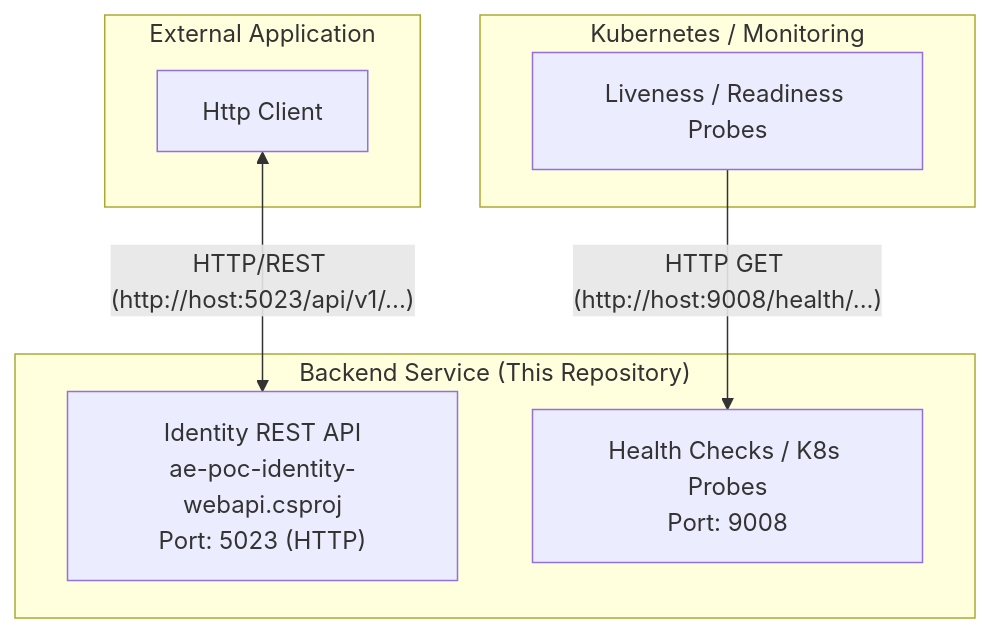
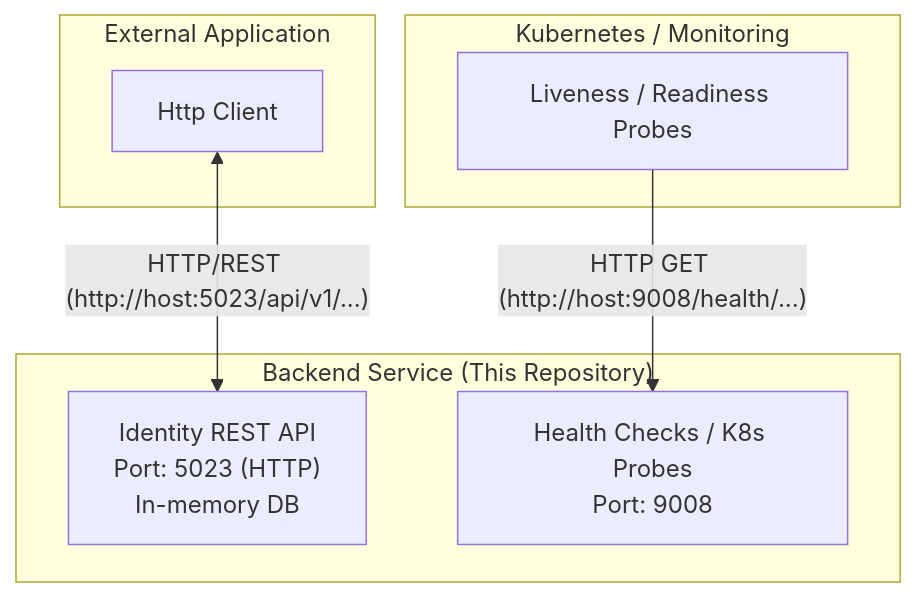
One commit to ISubkowskI/ae-poc-identity-webapi changed the diagram in README.md. Above: the diagram before and after it, drawn with Mermaid. The commit also changed 1 other file, not shown here.

Commit message:
Improve Dockerfile

````diff
--- a/README.md
+++ b/README.md
@@ -9,19 +9,19 @@
 ```mermaid
 graph TD
 
     subgraph "External Application"
         lblExternalApp["Http Client"]
     end
 
     subgraph "Backend Service (This Repository)"
-        lblBackendService["Identity REST API<br/>ae-poc-identity-webapi.csproj<br/>Port: 5023 (HTTP)"]
+        lblBackendService["Identity REST API<br/>Port: 5023 (HTTP)<br/>In-memory DB"]
         lblHealth["Health Checks / K8s Probes<br/>Port: 9008"]
     end
     
     subgraph "Kubernetes / Monitoring"
         lblK8s["Liveness / Readiness Probes"]
     end
 
     lblExternalApp -- "HTTP/REST (http://host:5023/api/v1/...)" <--> lblBackendService
     lblK8s -- "HTTP GET (http://host:9008/health/...)" --> lblHealth
 ```
````
